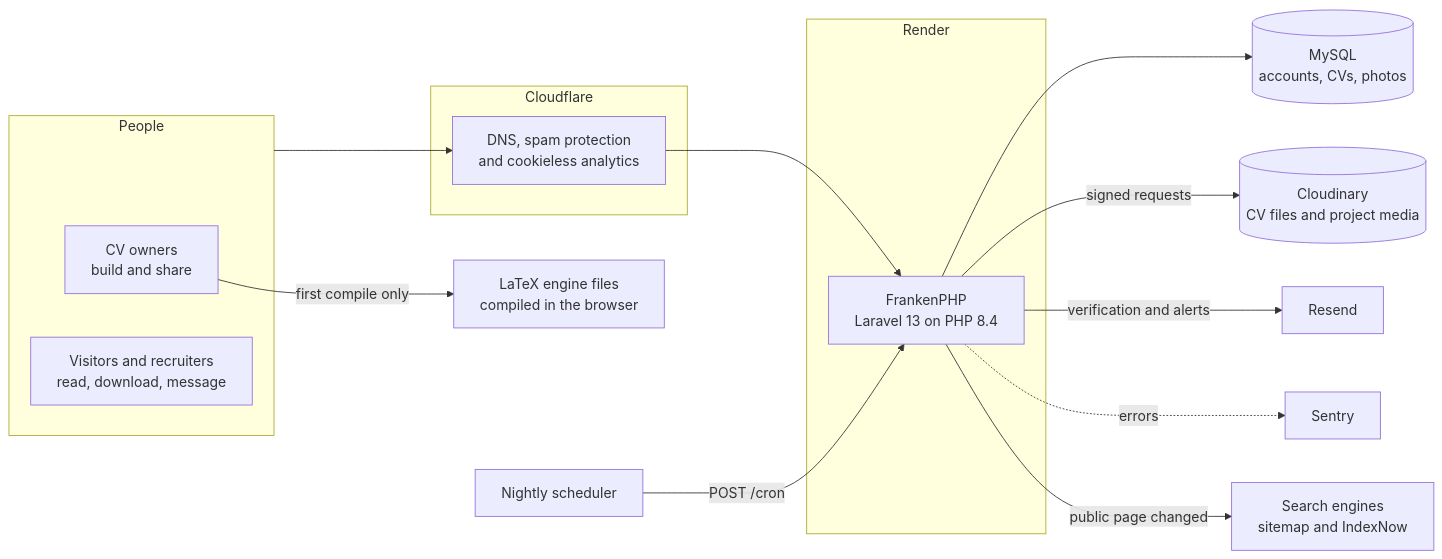
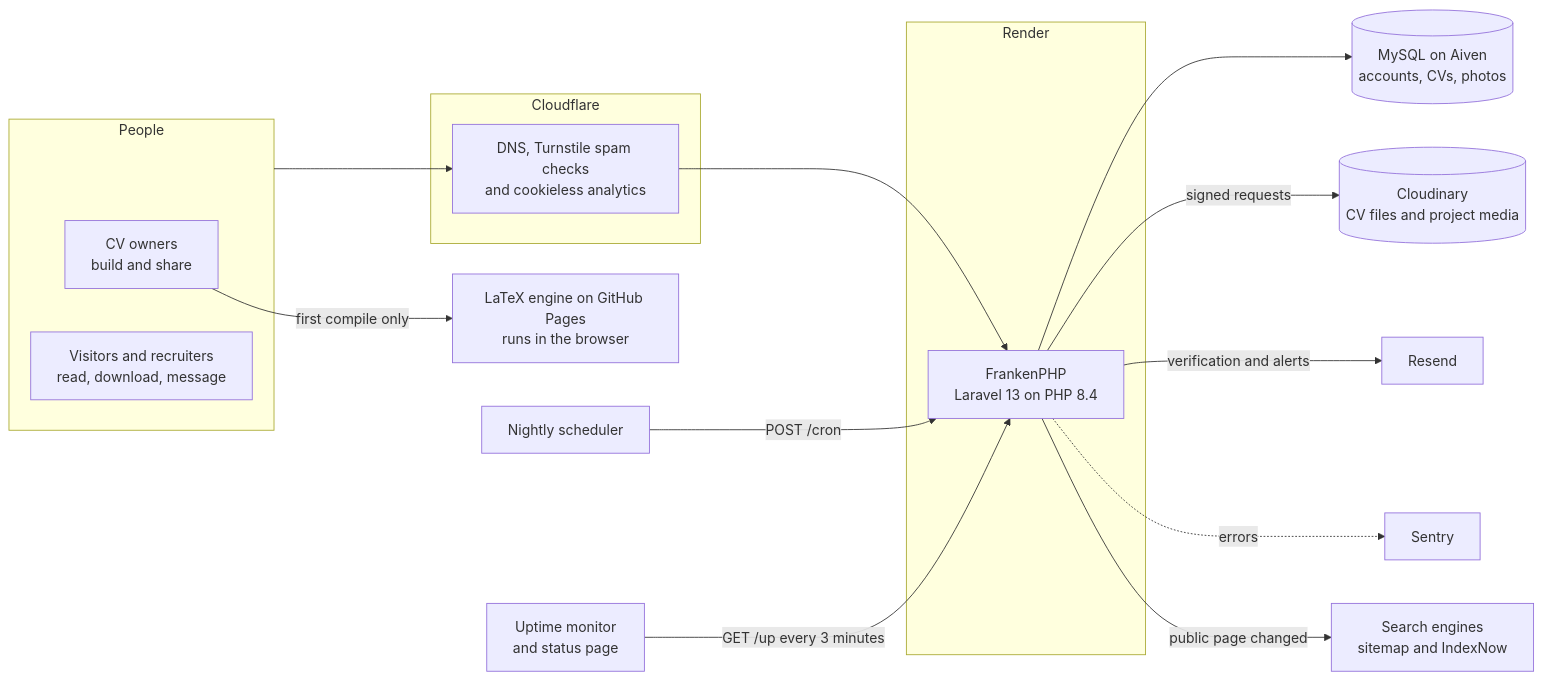
The diagram in README.md (zaccesss/vitafolio), drawn with Mermaid before and after one commit. The commit also changed other lines of this file and 10 other files, not shown here.

First line of the commit message:
fix: start the latex engine and cut its first download to 120 mb (#58)

````diff
--- a/README.md
+++ b/README.md
@@ -62,21 +73,22 @@
 ```mermaid
 flowchart LR
     subgraph PEOPLE["People"]
         OWNER["CV owners<br/>build and share"]
         VISITOR["Visitors and recruiters<br/>read, download, message"]
     end
     subgraph EDGE["Cloudflare"]
-        CF["DNS, spam protection<br/>and cookieless analytics"]
+        CF["DNS, Turnstile spam checks<br/>and cookieless analytics"]
     end
     subgraph HOST["Render"]
         APP["FrankenPHP<br/>Laravel 13 on PHP 8.4"]
     end
     PEOPLE --> CF --> APP
-    APP --> DB[("MySQL<br/>accounts, CVs, photos")]
+    APP --> DB[("MySQL on Aiven<br/>accounts, CVs, photos")]
     APP -- "signed requests" --> MEDIA[("Cloudinary<br/>CV files and project media")]
     APP -- "verification and alerts" --> MAIL["Resend"]
     APP -. "errors" .-> SENTRY["Sentry"]
-    OWNER -- "first compile only" --> TEX["LaTeX engine files<br/>compiled in the browser"]
+    OWNER -- "first compile only" --> TEX["LaTeX engine on GitHub Pages<br/>runs in the browser"]
     CRON["Nightly scheduler"] -- "POST /cron" --> APP
+    MONITOR["Uptime monitor<br/>and status page"] -- "GET /up every 3 minutes" --> APP
     APP -- "public page changed" --> SEARCH["Search engines<br/>sitemap and IndexNow"]
 ```
````
